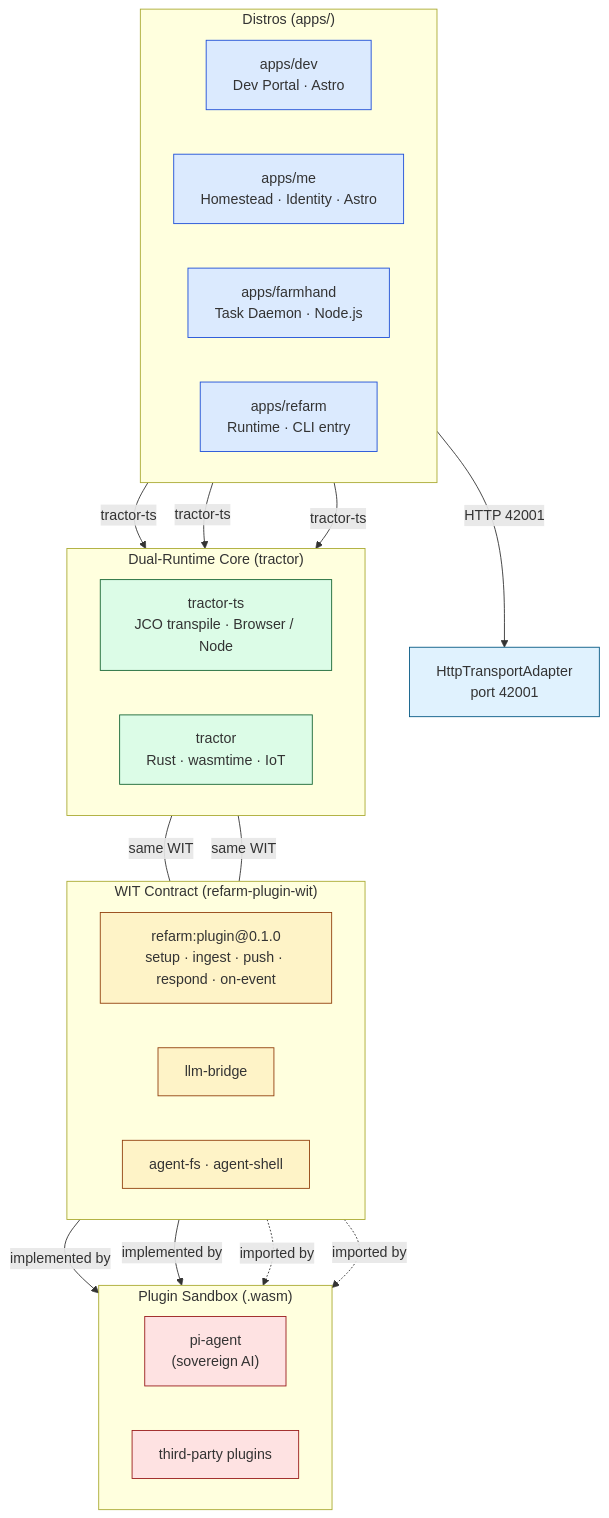
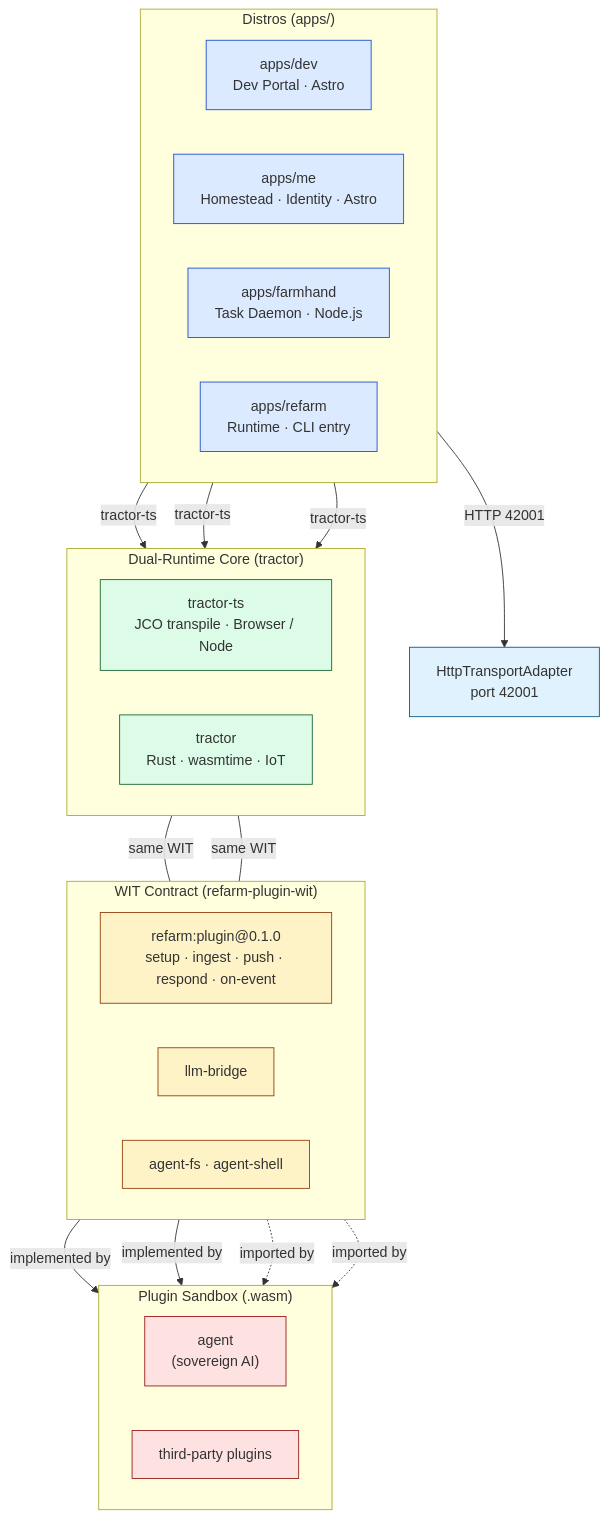
One commit to aretw0/refarm changed the diagram in specs/diagrams/architecture-layers--apps-runtime.mermaid. Above: the diagram before and after it, drawn with Mermaid. The commit also changed 202 other files, not shown here.

```diff
--- a/specs/diagrams/architecture-layers--apps-runtime.mermaid
+++ b/specs/diagrams/architecture-layers--apps-runtime.mermaid
@@ -1,54 +1,54 @@
 graph TD
     subgraph Apps["Distros  (apps/)"]
         direction LR
         Dev["apps/dev\nDev Portal · Astro"]
         Me["apps/me\nHomestead · Identity · Astro"]
         Farmhand["apps/farmhand\nTask Daemon · Node.js"]
         RefarmCLI["apps/refarm\nRuntime · CLI entry"]
     end
 
     subgraph Core["Dual-Runtime Core  (tractor)"]
         direction LR
         TractorTS["tractor-ts\nJCO transpile · Browser / Node"]
         TractorRS["tractor\nRust · wasmtime · IoT"]
     end
 
     subgraph WIT["WIT Contract  (refarm-plugin-wit)"]
         direction LR
         WITPkg["refarm:plugin@0.1.0\nsetup · ingest · push · respond · on-event"]
         LLMBridge["llm-bridge"]
         AgentFS["agent-fs · agent-shell"]
     end
 
     subgraph Plugins["Plugin Sandbox  (.wasm)"]
         direction LR
-        PiAgent["pi-agent\n(sovereign AI)"]
+        Agent["agent\n(sovereign AI)"]
         ThirdParty["third-party plugins"]
     end
 
     HttpAdapt["HttpTransportAdapter\nport 42001"]
 
     Dev -->|tractor-ts| TractorTS
     Me -->|tractor-ts| TractorTS
     Farmhand -->|tractor-ts| TractorTS
     RefarmCLI -->|"HTTP 42001"| HttpAdapt
 
     TractorTS ---|"same WIT"| WITPkg
     TractorRS ---|"same WIT"| WITPkg
 
-    WITPkg -->|"implemented by"| PiAgent
+    WITPkg -->|"implemented by"| Agent
     WITPkg -->|"implemented by"| ThirdParty
-    LLMBridge -.->|"imported by"| PiAgent
-    AgentFS -.->|"imported by"| PiAgent
+    LLMBridge -.->|"imported by"| Agent
+    AgentFS -.->|"imported by"| Agent
 
     classDef app       fill:#dbeafe,stroke:#1d4ed8,stroke-width:1px;
     classDef core      fill:#dcfce7,stroke:#166534,stroke-width:1px;
     classDef wit       fill:#fef3c7,stroke:#92400e,stroke-width:1px;
     classDef plugin    fill:#fee2e2,stroke:#991b1b,stroke-width:1px;
     classDef transport fill:#e0f2fe,stroke:#075985,stroke-width:1px;
 
     class Dev,Me,Farmhand,RefarmCLI app;
     class TractorTS,TractorRS core;
     class WITPkg,LLMBridge,AgentFS wit;
-    class PiAgent,ThirdParty plugin;
+    class Agent,ThirdParty plugin;
     class HttpAdapt transport;
```
